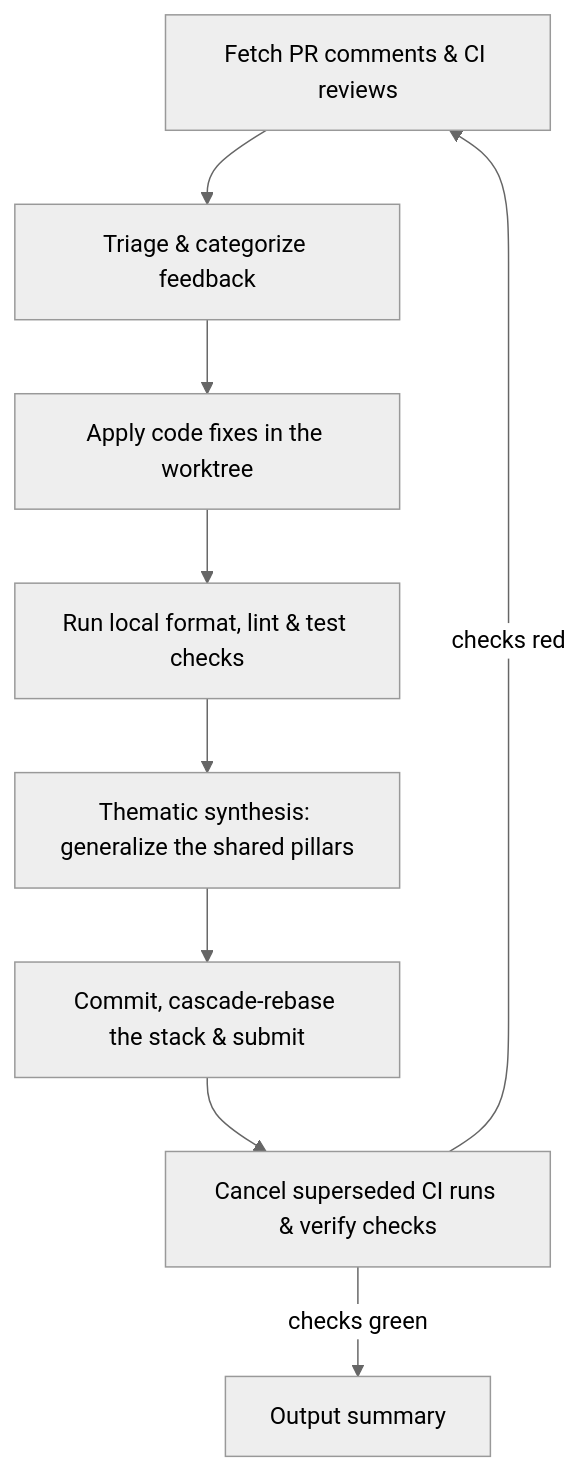
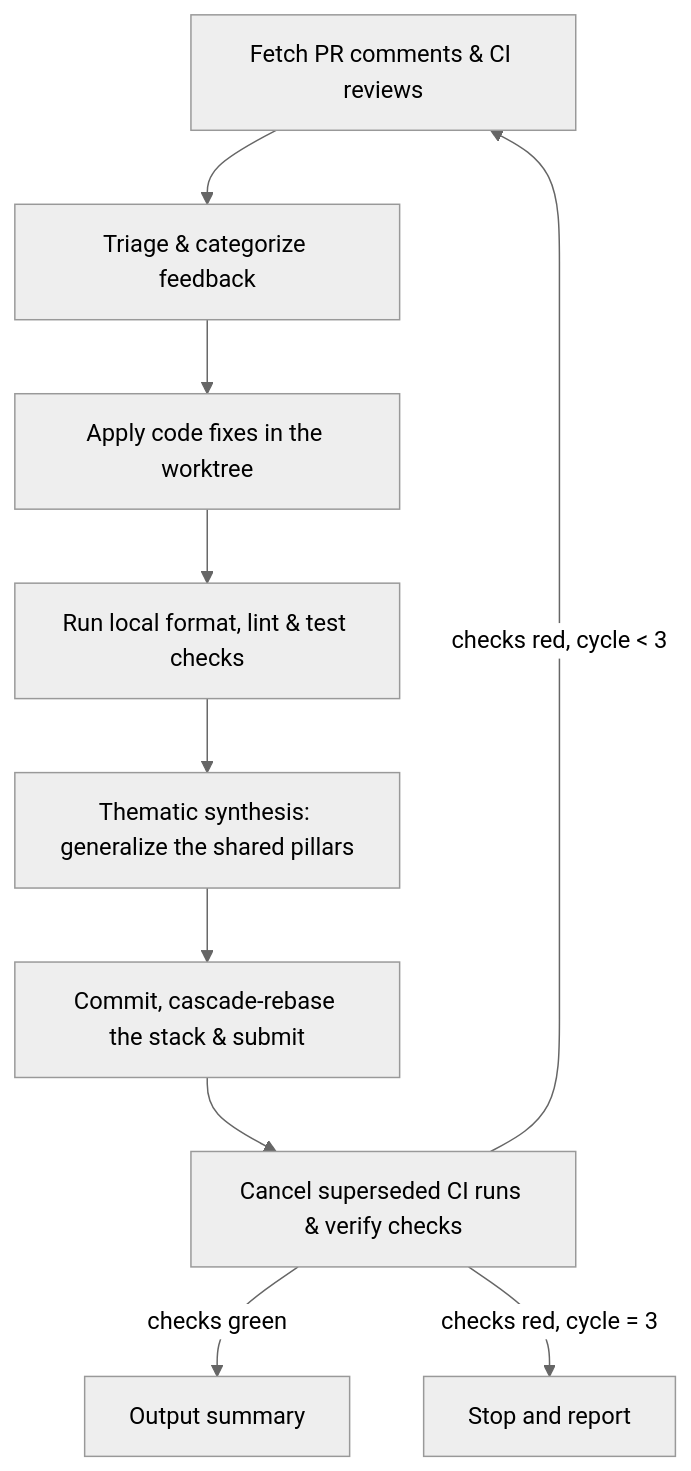
Before and after one commit to hyeons-lab/agent-review-loop: the diagram in skills/address-pr-comments/SKILL.md, drawn with Mermaid (neutral theme). The commit also changed other lines of this file and 4 other files, not shown here.

````diff
--- a/skills/address-pr-comments/SKILL.md
+++ b/skills/address-pr-comments/SKILL.md
@@ -40,11 +40,12 @@
 ```mermaid
 flowchart TD
     A[Fetch PR comments & CI reviews] --> B[Triage & categorize feedback]
     B --> C[Apply code fixes in the worktree]
     C --> D[Run local format, lint & test checks]
     D --> E[Thematic synthesis: generalize the shared pillars]
     E --> F[Commit, cascade-rebase the stack & submit]
     F --> G[Cancel superseded CI runs & verify checks]
-    G -->|"checks red"| A
+    G -->|"checks red, cycle < 3"| A
     G -->|"checks green"| H[Output summary]
+    G -->|"checks red, cycle = 3"| I[Stop and report]
 ```
````
